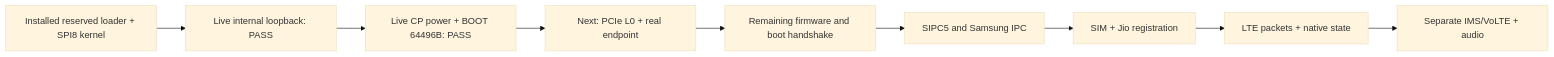
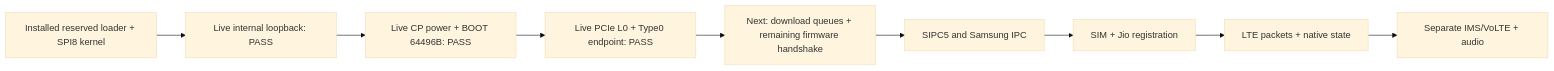
Before and after one commit to Android-Artisan/Jesvi-iOS: the third of 3 diagrams in docs/cellular-flow.md, drawn with Mermaid (base theme). The commit also changed other lines of this file and 10 other files, not shown here.

Commit message:
Bring up S5123 PCIe endpoint live and document firmware download backend

````diff
--- a/docs/cellular-flow.md
+++ b/docs/cellular-flow.md
@@ -120,11 +120,11 @@
 ```mermaid
 flowchart LR
   A[Installed reserved loader + SPI8 kernel] --> B[Live internal loopback: PASS]
   B --> C[Live CP power + BOOT 64496B: PASS]
-  C --> D[Next: PCIe L0 + real endpoint]
-  D --> E[Remaining firmware and boot handshake]
+  C --> D[Live PCIe L0 + Type0 endpoint: PASS]
+  D --> E[Next: download queues + remaining firmware handshake]
   E --> F[SIPC5 and Samsung IPC]
   F --> G[SIM + Jio registration]
   G --> H[LTE packets + native state]
   H --> I[Separate IMS/VoLTE + audio]
 ```
````
